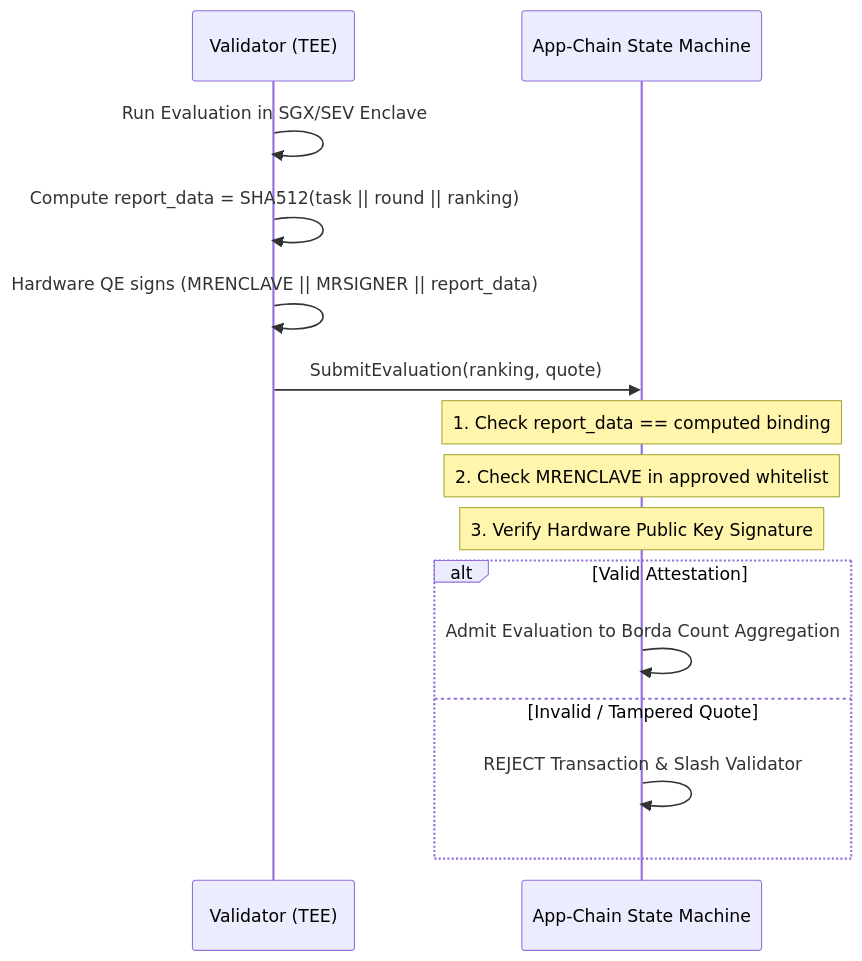
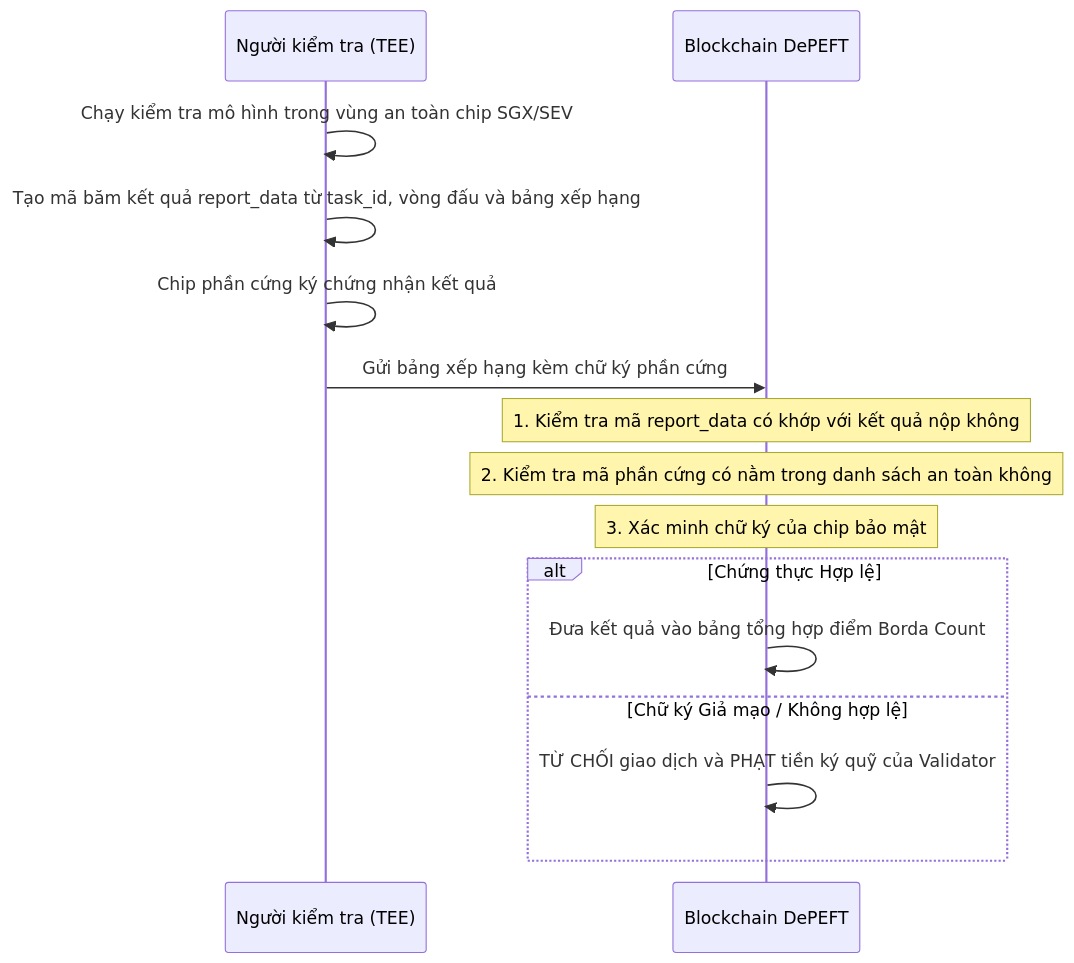
Before and after one commit to KhoaIsReal/DePEFT: the diagram in SECURITY_VI.md, drawn with Mermaid. The commit also changed other lines of this file and 3 other files, not shown here.

````diff
--- a/SECURITY_VI.md
+++ b/SECURITY_VI.md
@@ -25,19 +25,19 @@
 ```mermaid
 sequenceDiagram
-    participant Validator as Validator (TEE)
-    participant Chain as App-Chain State Machine
+    participant Validator as Người kiểm tra (TEE)
+    participant Chain as Blockchain DePEFT
     
-    Validator->>Validator: Run Evaluation in SGX/SEV Enclave
-    Validator->>Validator: Compute report_data = SHA512(task || round || ranking)
-    Validator->>Validator: Hardware QE signs (MRENCLAVE || MRSIGNER || report_data)
-    Validator->>Chain: SubmitEvaluation(ranking, quote)
+    Validator->>Validator: Chạy kiểm tra mô hình trong vùng an toàn chip SGX/SEV
+    Validator->>Validator: Tạo mã băm kết quả report_data từ task_id, vòng đấu và bảng xếp hạng
+    Validator->>Validator: Chip phần cứng ký chứng nhận kết quả
+    Validator->>Chain: Gửi bảng xếp hạng kèm chữ ký phần cứng
     
-    Note over Chain: 1. Check report_data == computed binding
-    Note over Chain: 2. Check MRENCLAVE in approved whitelist
-    Note over Chain: 3. Verify Hardware Public Key Signature
-    alt Valid Attestation
-        Chain->>Chain: Admit Evaluation to Borda Count Aggregation
-    else Invalid / Tampered Quote
-        Chain->>Chain: REJECT Transaction & Slash Validator
+    Note over Chain: 1. Kiểm tra mã report_data có khớp với kết quả nộp không
+    Note over Chain: 2. Kiểm tra mã phần cứng có nằm trong danh sách an toàn không
+    Note over Chain: 3. Xác minh chữ ký của chip bảo mật
+    alt Chứng thực Hợp lệ
+        Chain->>Chain: Đưa kết quả vào bảng tổng hợp điểm Borda Count
+    else Chữ ký Giả mạo / Không hợp lệ
+        Chain->>Chain: TỪ CHỐI giao dịch và PHẠT tiền ký quỹ của Validator
     end
 ```
````
